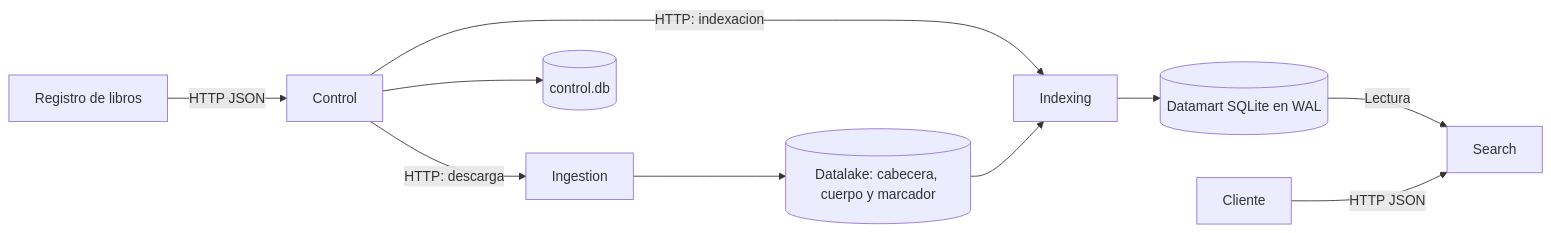
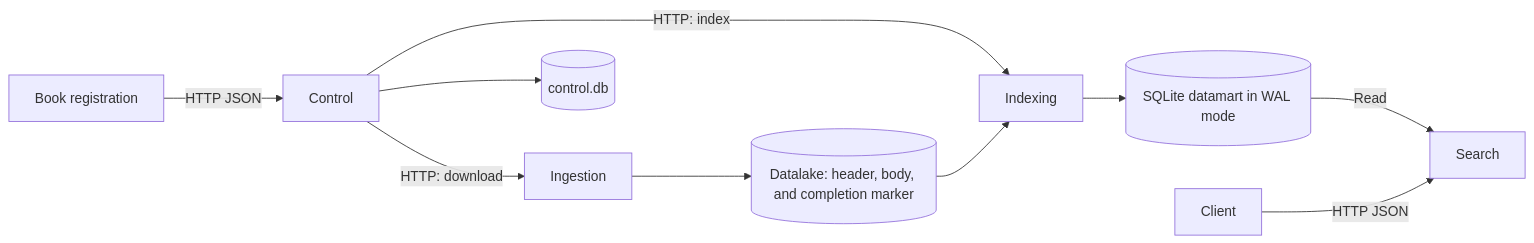
Before and after one commit to IndexSeekBigData/Stage2: the diagram in README.md, drawn with Mermaid. The commit also changed other lines of this file, not shown here.

````diff
--- a/README.md
+++ b/README.md
@@ -7,12 +7,12 @@
 ```mermaid
 flowchart LR
-    Admin[Registro de libros] -->|HTTP JSON| Control
-    Control -->|HTTP: descarga| Ingestion
-    Control -->|HTTP: indexacion| Indexing
+    Admin[Book registration] -->|HTTP JSON| Control
+    Control -->|HTTP: download| Ingestion
+    Control -->|HTTP: index| Indexing
     Control --> State[(control.db)]
-    Ingestion --> Lake[(Datalake: cabecera, cuerpo y marcador)]
+    Ingestion --> Lake[(Datalake: header, body, and completion marker)]
     Lake --> Indexing
-    Indexing --> Index[(Datamart SQLite en WAL)]
-    Index -->|Lectura| Search
-    Client[Cliente] -->|HTTP JSON| Search
+    Indexing --> Index[(SQLite datamart in WAL mode)]
+    Index -->|Read| Search
+    Client[Client] -->|HTTP JSON| Search
 ```
````
